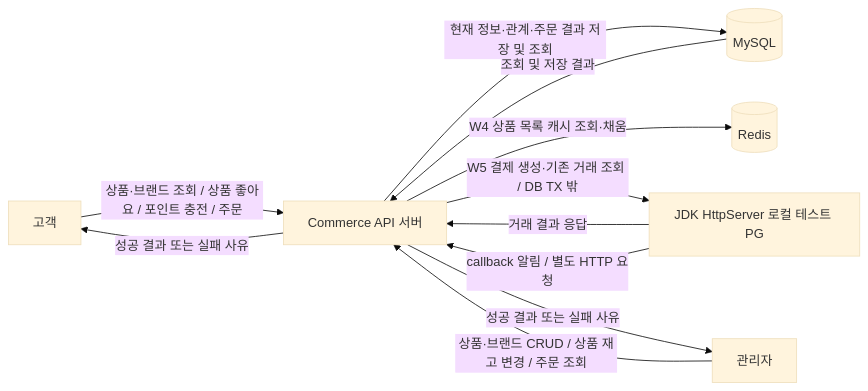
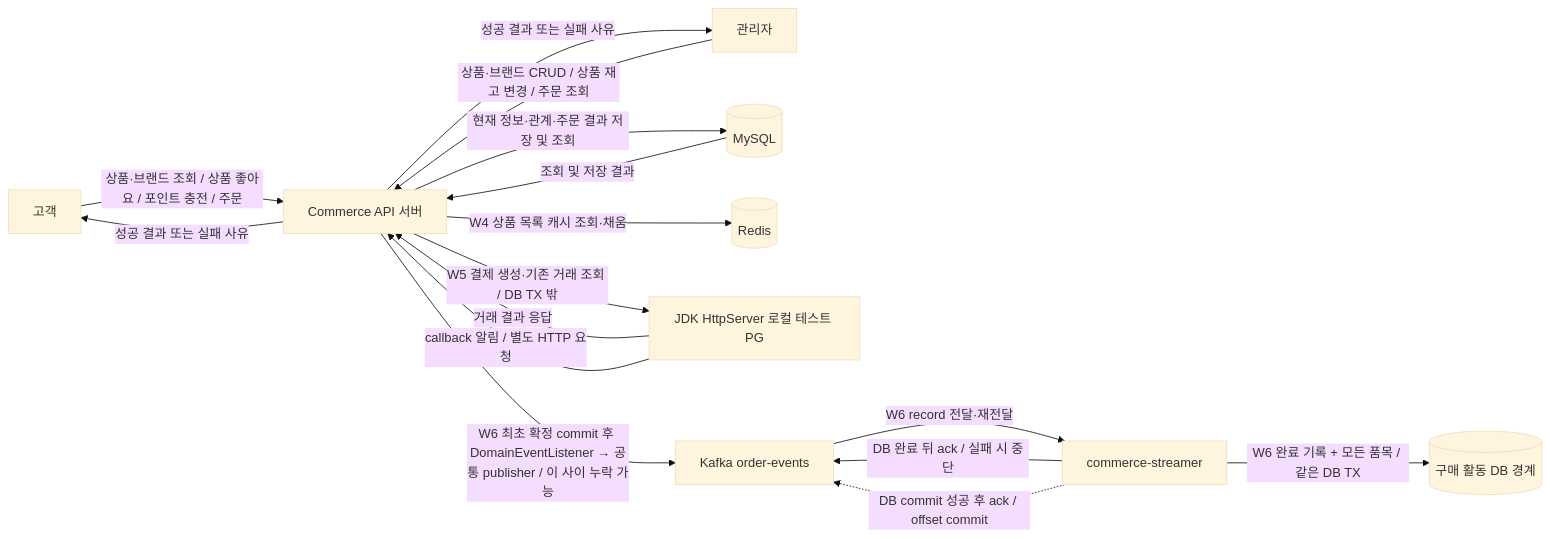
The second of 7 diagrams in docs/week2/commerce-erd-draft.md (kjyend/loop-pack-be-l2-vol5-java), drawn with Mermaid (base theme) before and after one commit. The commit also changed other lines of this file and 19 other files, not shown here.

````diff
--- a/docs/week2/commerce-erd-draft.md
+++ b/docs/week2/commerce-erd-draft.md
@@ -417,13 +495,18 @@
 ```mermaid
 flowchart LR
     C["고객"] -->|"상품·브랜드 조회 / 상품 좋아요 / 포인트 충전 / 주문"| API["Commerce API 서버"]
     A["관리자"] -->|"상품·브랜드 CRUD / 상품 재고 변경 / 주문 조회"| API
     API -->|"현재 정보·관계·주문 결과 저장 및 조회"| DB[("MySQL")]
     API -->|"W4 상품 목록 캐시 조회·채움"| R[("Redis")]
     API -->|"W5 결제 생성·기존 거래 조회 / DB TX 밖"| PG["JDK HttpServer 로컬 테스트 PG"]
     PG -->|"거래 결과 응답"| API
     PG -->|"callback 알림 / 별도 HTTP 요청"| API
     DB -->|"조회 및 저장 결과"| API
     API -->|"성공 결과 또는 실패 사유"| C
     API -->|"성공 결과 또는 실패 사유"| A
+    API -->|"W6 최초 확정 commit 후 DomainEventListener → 공통 publisher / 이 사이 누락 가능"| K["Kafka order-events"]
+    K -->|"W6 record 전달·재전달"| S["commerce-streamer"]
+    S -->|"W6 완료 기록 + 모든 품목 / 같은 DB TX"| PDB[("구매 활동 DB 경계")]
+    S -->|"DB 완료 뒤 ack / 실패 시 중단"| K
+    S -.->|"DB commit 성공 후 ack / offset commit"| K
 ```
````
